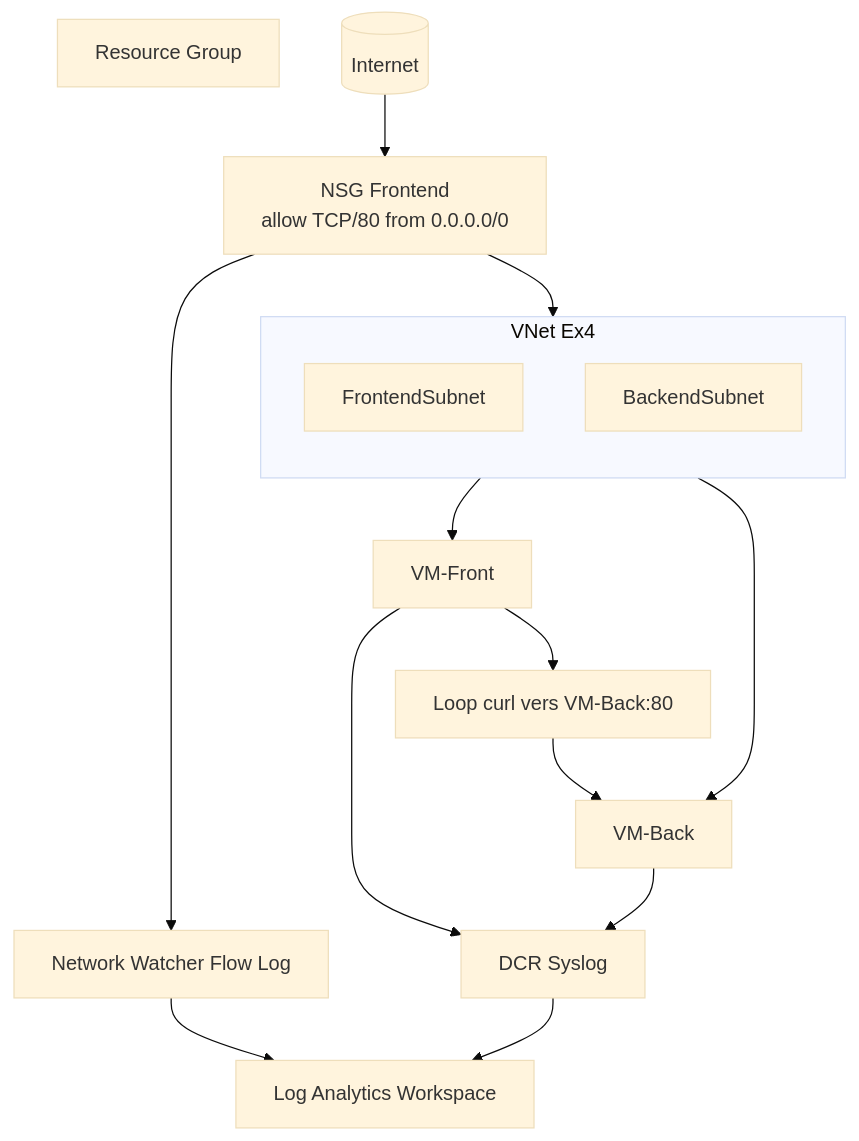
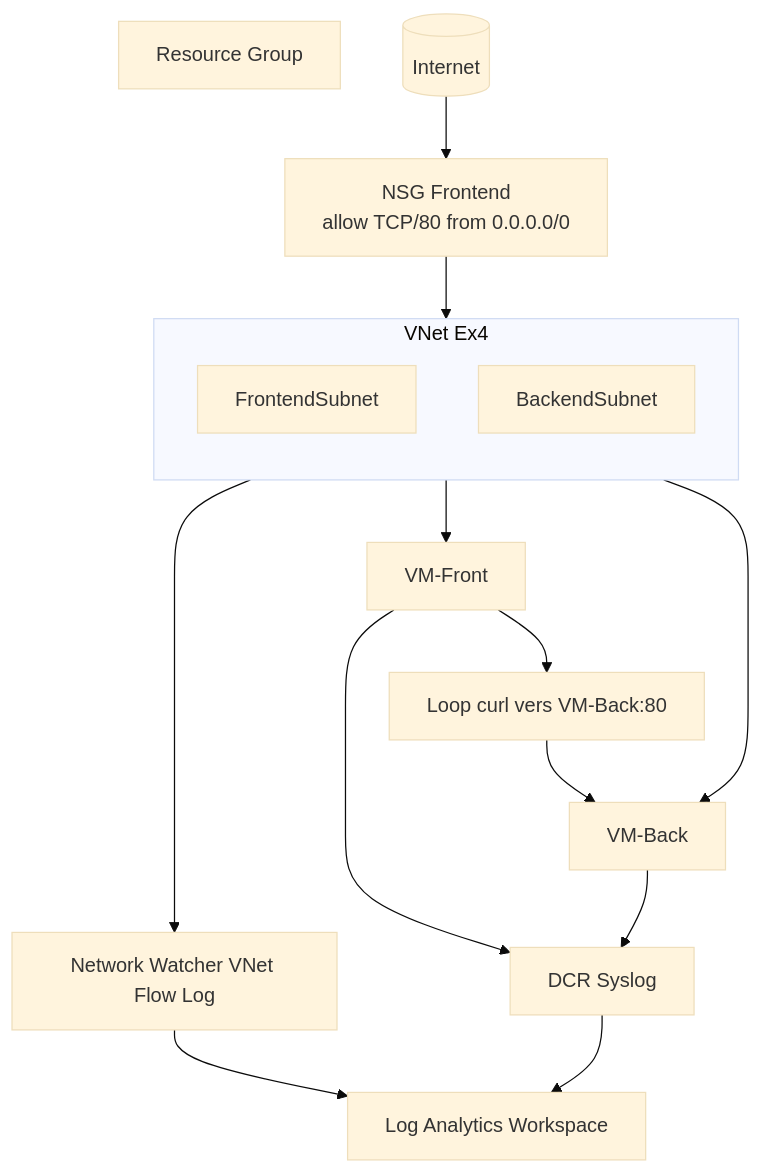
One commit to texofr/YnovCloudSecurityModule2026 changed the diagram in Exercices/Terraform/Ex4/README.md. Above: the diagram before and after it, drawn with Mermaid (base theme). The commit also changed other lines of this file and 6 other files, not shown here.

````diff
--- a/Exercices/Terraform/Ex4/README.md
+++ b/Exercices/Terraform/Ex4/README.md
@@ -99,34 +99,34 @@
 ```mermaid
 flowchart TB
   RG[Resource Group]
 
   subgraph VNET[VNet Ex4]
     direction TB
     FS[FrontendSubnet]
     BS[BackendSubnet]
   end
 
   FNSG[NSG Frontend
   allow TCP/80 from 0.0.0.0/0]
   VMF[VM-Front]
   VMB[VM-Back]
   ATTACK[Loop curl vers VM-Back:80]
 
   LAW[Log Analytics Workspace]
-  FLOW[Network Watcher Flow Log]
+  FLOW[Network Watcher VNet Flow Log]
   DCR[DCR Syslog]
 
   INTERNET[(Internet)] --> FNSG
   FNSG --> FS
   FS --> VMF
   BS --> VMB
 
   VMF --> ATTACK
   ATTACK --> VMB
 
-  FNSG --> FLOW
+  VNET --> FLOW
   FLOW --> LAW
   DCR --> LAW
   VMF --> DCR
   VMB --> DCR
 ```
````
